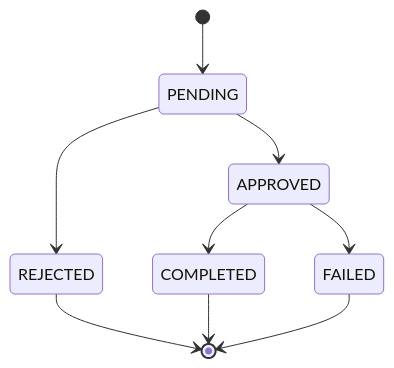
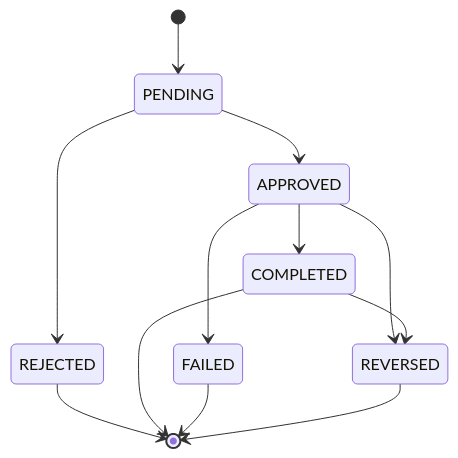
Before and after one commit to J0sePs/app-microservices-spec: the second of 2 diagrams in openspec/architecture/erd/withdrawal-soles.md, drawn with Mermaid. The commit also changed other lines of this file and 56 other files, not shown here.

````diff
--- a/openspec/architecture/erd/withdrawal-soles.md
+++ b/openspec/architecture/erd/withdrawal-soles.md
@@ -71,11 +80,14 @@
 ```mermaid
 stateDiagram-v2
     [*] --> PENDING
     PENDING --> APPROVED
     PENDING --> REJECTED
     APPROVED --> COMPLETED
     APPROVED --> FAILED
+    APPROVED --> REVERSED
+    COMPLETED --> REVERSED
     REJECTED --> [*]
     COMPLETED --> [*]
     FAILED --> [*]
+    REVERSED --> [*]
 ```
````
